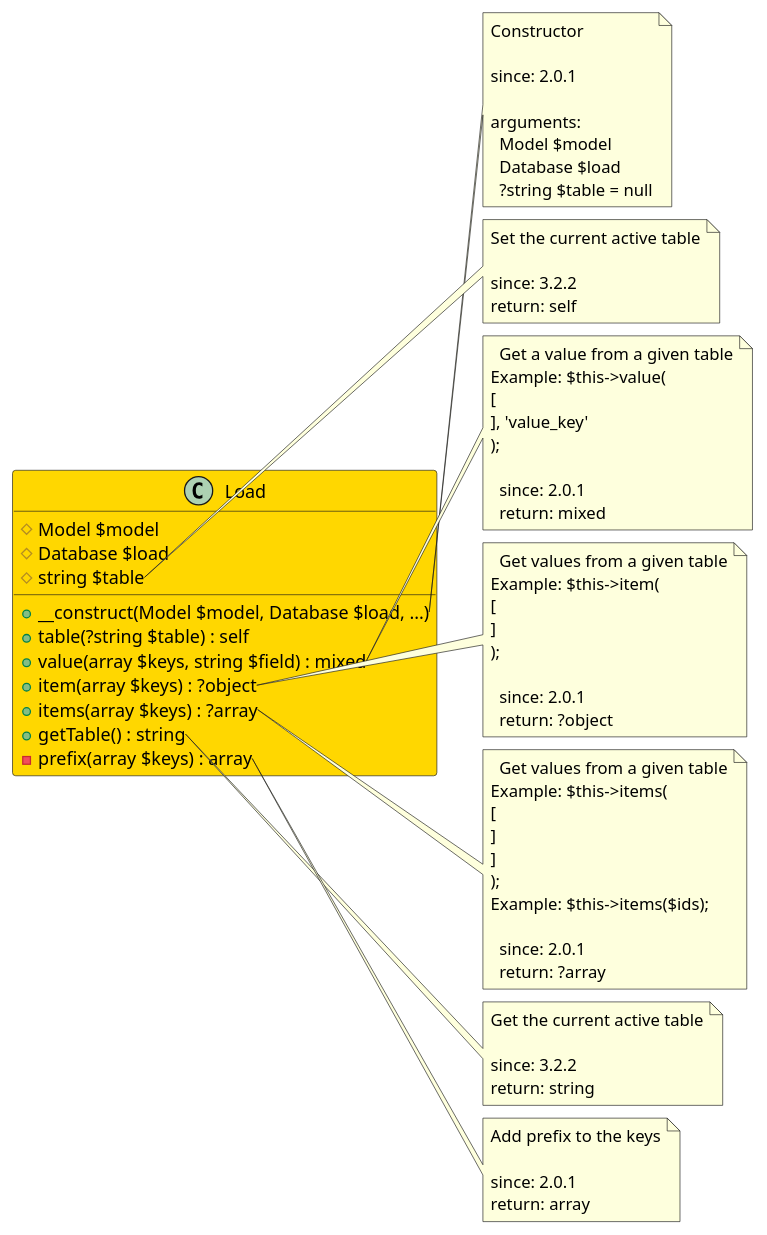
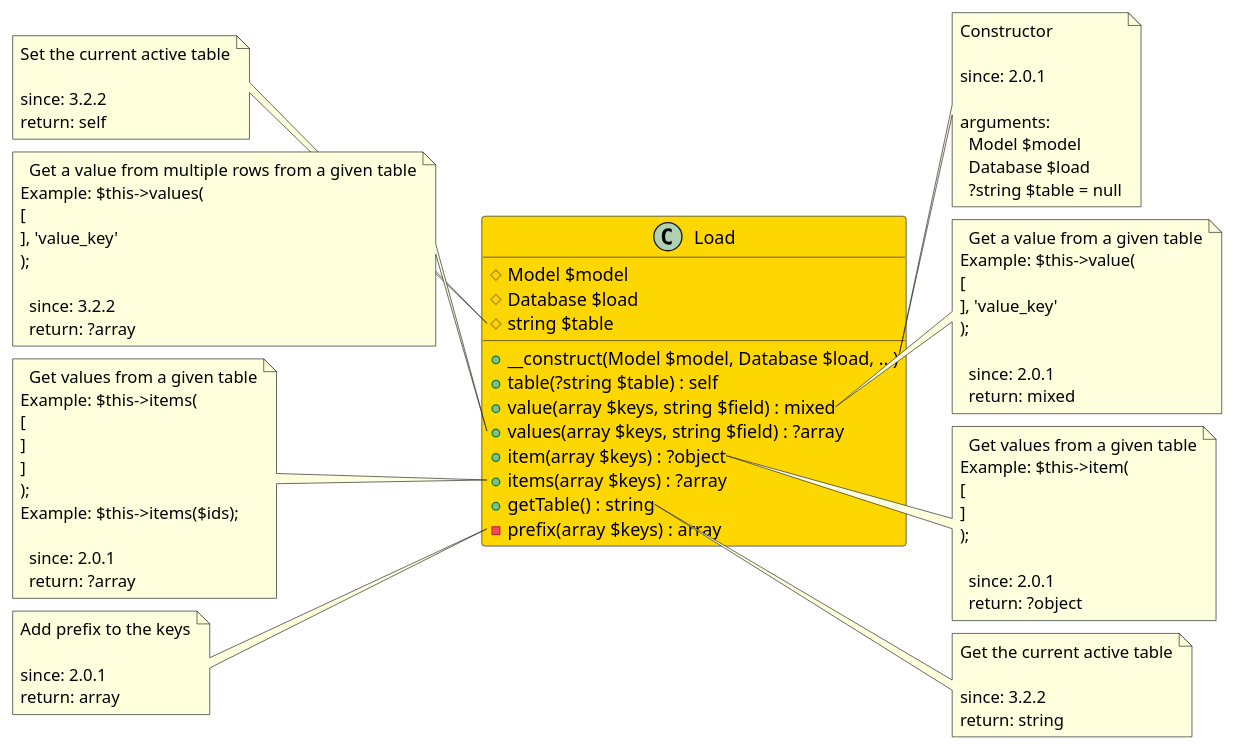
One commit to joomengine/super-powers changed the diagram in src/008d111c-9d43-427c-8dd4-2653e8b74be8/README.md. Above: the diagram before and after it, drawn with PlantUML. The commit also changed 48 other files, not shown here.

```diff
--- a/src/008d111c-9d43-427c-8dd4-2653e8b74be8/README.md
+++ b/src/008d111c-9d43-427c-8dd4-2653e8b74be8/README.md
@@ -18,6 +18,7 @@
   + __construct(Model $model, Database $load, ...)
   + table(?string $table) : self
   + value(array $keys, string $field) : mixed
+  + values(array $keys, string $field) : ?array
   + item(array $keys) : ?object
   + items(array $keys) : ?array
   + getTable() : string
@@ -35,7 +36,7 @@
     ?string $table = null
 end note
 
-note right of Load::table
+note left of Load::table
   Set the current active table
 
   since: 3.2.2
@@ -54,6 +55,18 @@
   return: mixed
 end note
 
+note left of Load::values
+  Get a value from multiple rows from a given table
+Example: $this->values(
+[
+'guid' => 'xxxxxxxx-xxxx-xxxx-xxxx-xxxxxxxxxxxx'
+], 'value_key'
+);
+
+  since: 3.2.2
+  return: ?array
+end note
+
 note right of Load::item
   Get values from a given table
 Example: $this->item(
@@ -66,7 +79,7 @@
   return: ?object
 end note
 
-note right of Load::items
+note left of Load::items
   Get values from a given table
 Example: $this->items(
 [
@@ -89,7 +102,7 @@
   return: string
 end note
 
-note right of Load::prefix
+note left of Load::prefix
   Add prefix to the keys
 
   since: 2.0.1
```
